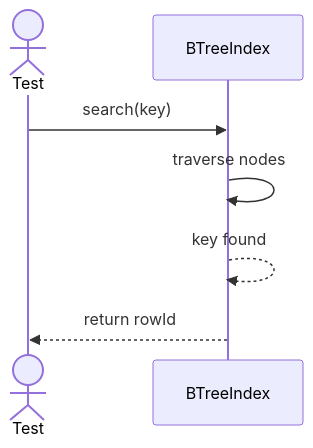
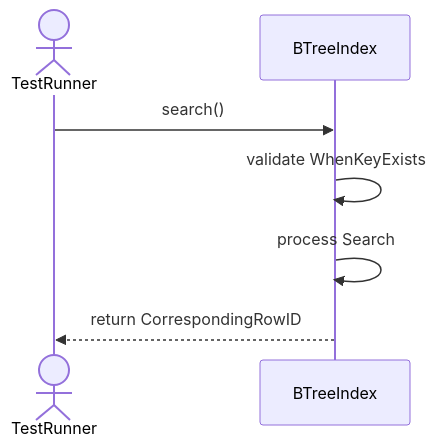
One commit to TamBui1706/DBMS changed the second of 8 diagrams in Sequences/DatabaseObjectManagement/BTreeIndex.md. Above: the diagram before and after it, drawn with Mermaid. The commit also changed other lines of this file and 63 other files, not shown here.

Commit message:
Draw sequence diagram for unit tests

````diff
--- a/Sequences/DatabaseObjectManagement/BTreeIndex.md
+++ b/Sequences/DatabaseObjectManagement/BTreeIndex.md
@@ -29,10 +34,9 @@
 ```mermaid
 sequenceDiagram
-    actor Test
+    actor TestRunner
     participant BTreeIndex
-
-    Test->>BTreeIndex: search(key)
-    BTreeIndex->>BTreeIndex: traverse nodes
-    BTreeIndex-->>BTreeIndex: key found
-    BTreeIndex-->>Test: return rowId
+    TestRunner->>BTreeIndex: search()
+    BTreeIndex->>BTreeIndex: validate WhenKeyExists
+    BTreeIndex->>BTreeIndex: process Search
+    BTreeIndex-->>TestRunner: return CorrespondingRowID
 ```
````
